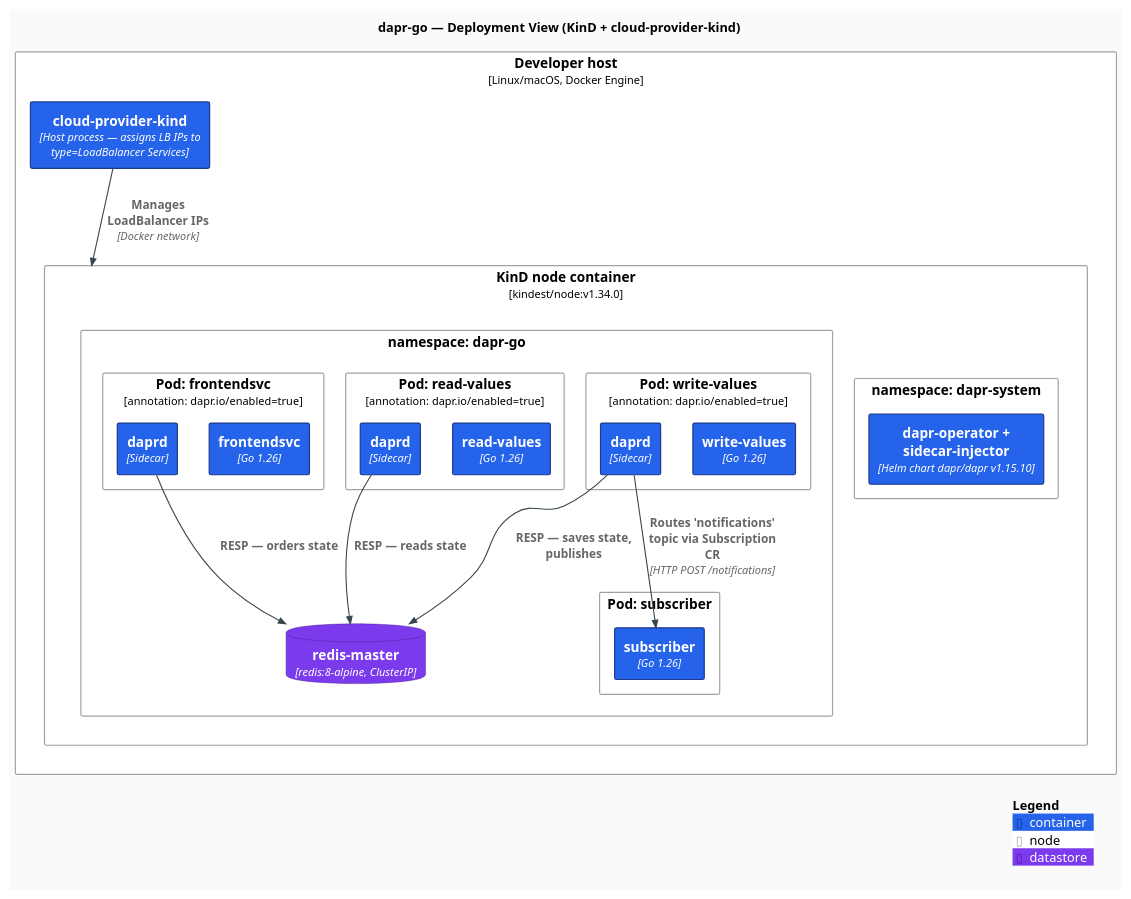
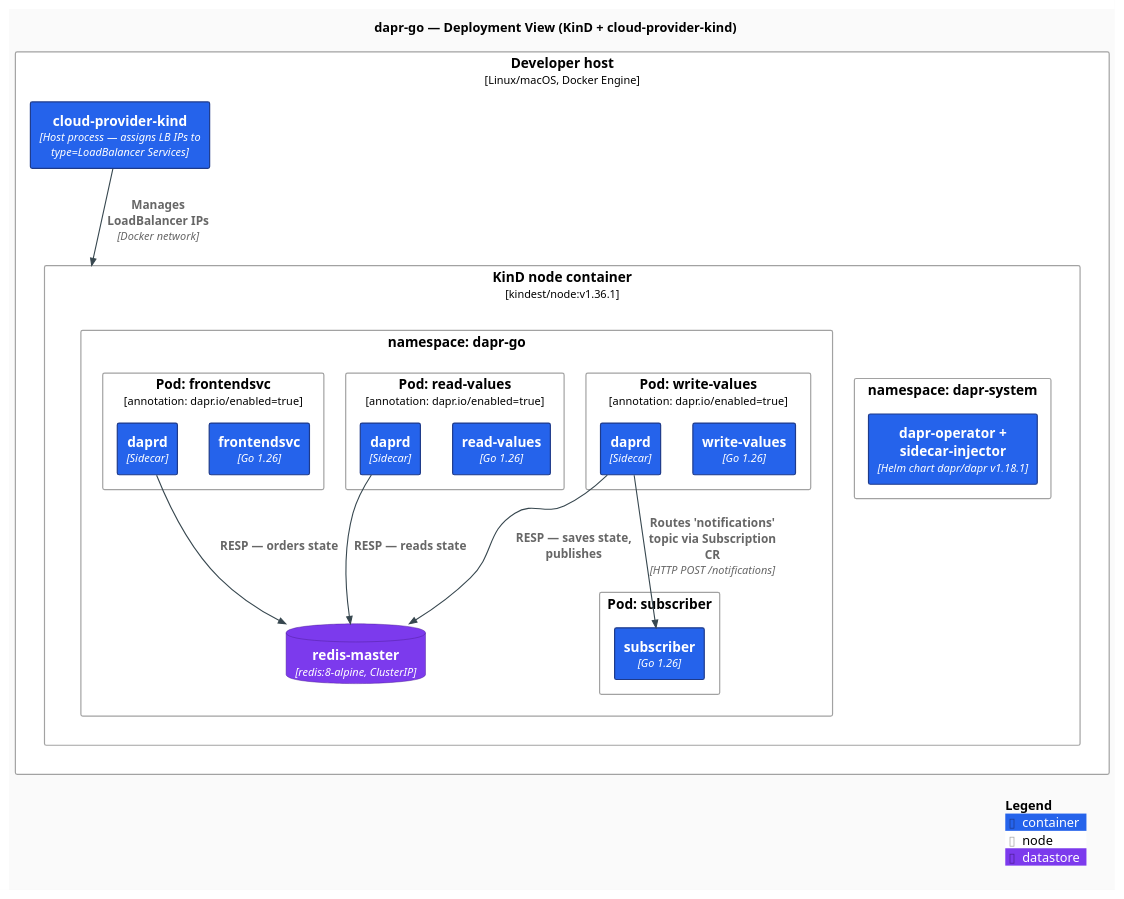
Before and after one commit to AndriyKalashnykov/dapr-go: the diagram in docs/diagrams/c4-deployment.puml, drawn with PlantUML. The commit also changed 18 other files, not shown here.

```diff
--- a/docs/diagrams/c4-deployment.puml
+++ b/docs/diagrams/c4-deployment.puml
@@ -1,56 +1,56 @@
 @startuml c4-deployment
 !include https://raw.githubusercontent.com/plantuml-stdlib/C4-PlantUML/v2.11.0/C4_Deployment.puml
 
 skinparam backgroundColor #FAFAFA
 skinparam shadowing false
 skinparam roundCorner 4
 skinparam defaultFontName "Inter, Helvetica, Arial, sans-serif"
 skinparam defaultFontSize 13
 skinparam ArrowColor #37474F
 skinparam ArrowThickness 1.2
 skinparam rectangleBorderThickness 1.3
 
 UpdateElementStyle("container",    $fontColor="#FFFFFF", $bgColor="#2563EB", $borderColor="#1E3A8A")
 UpdateBoundaryStyle($bgColor="#F1F5F9", $borderColor="#94A3B8", $fontColor="#1E293B")
 AddElementTag("datastore", $fontColor="#FFFFFF", $bgColor="#7C3AED", $borderColor="#4C1D95")
 
 title dapr-go — Deployment View (KinD + cloud-provider-kind)
 
 Deployment_Node(host, "Developer host", "Linux/macOS, Docker Engine") {
-  Deployment_Node(kind_node, "KinD node container", "kindest/node:v1.34.0") {
+  Deployment_Node(kind_node, "KinD node container", "kindest/node:v1.36.1") {
 
     Deployment_Node(ns_dapr_system, "namespace: dapr-system") {
-      Container(dapr_operator, "dapr-operator + sidecar-injector", "Helm chart dapr/dapr v1.15.10")
+      Container(dapr_operator, "dapr-operator + sidecar-injector", "Helm chart dapr/dapr v1.18.1")
     }
 
     Deployment_Node(ns_dapr_go, "namespace: dapr-go") {
       Deployment_Node(pod_write, "Pod: write-values", "annotation: dapr.io/enabled=true") {
         Container(c_write,    "write-values", "Go 1.26")
         Container(c_dapr_w,   "daprd",        "Sidecar")
       }
       Deployment_Node(pod_read, "Pod: read-values", "annotation: dapr.io/enabled=true") {
         Container(c_read,     "read-values", "Go 1.26")
         Container(c_dapr_r,   "daprd",       "Sidecar")
       }
       Deployment_Node(pod_sub, "Pod: subscriber") {
         Container(c_sub,      "subscriber", "Go 1.26")
       }
       Deployment_Node(pod_front, "Pod: frontendsvc", "annotation: dapr.io/enabled=true") {
         Container(c_front,    "frontendsvc", "Go 1.26")
         Container(c_dapr_f,   "daprd",       "Sidecar")
       }
       ContainerDb(redis_pod, "redis-master", "redis:8-alpine, ClusterIP", $tags="datastore")
     }
   }
 
   Container(cpk, "cloud-provider-kind", "Host process — assigns LB IPs to type=LoadBalancer Services")
 }
 
 Rel(c_dapr_w, redis_pod, "RESP — saves state, publishes")
 Rel(c_dapr_r, redis_pod, "RESP — reads state")
 Rel(c_dapr_f, redis_pod, "RESP — orders state")
 Rel(c_dapr_w, c_sub, "Routes 'notifications' topic via Subscription CR", "HTTP POST /notifications")
 Rel(cpk, kind_node, "Manages LoadBalancer IPs", "Docker network")
 
 SHOW_LEGEND()
 @enduml
```
